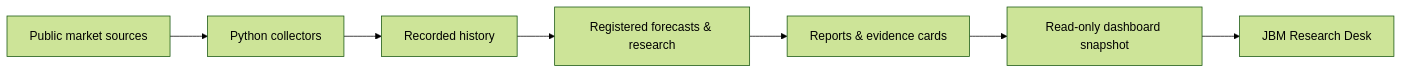
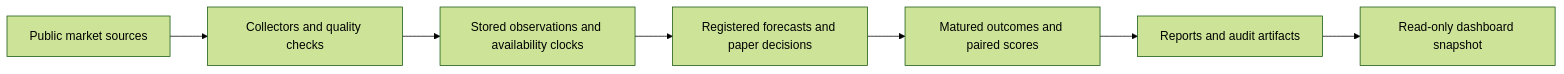
Before and after one commit to mannoj93-spec/jbm-desk-data: the diagram in README.md, drawn with Mermaid (forest theme). The commit also changed other lines of this file and 1 other file, not shown here.

Commit message:
docs: make README a durable guide to research and market studies

````diff
--- a/README.md
+++ b/README.md
@@ -52,9 +122,9 @@
 ```mermaid
 flowchart LR
-    A[Public market sources] --> B[Python collectors]
-    B --> C[Recorded history]
-    C --> D[Registered forecasts & research]
-    D --> E[Reports & evidence cards]
-    E --> F[Read-only dashboard snapshot]
-    F --> G[JBM Research Desk]
+    A[Public market sources] --> B[Collectors and quality checks]
+    B --> C[Stored observations and availability clocks]
+    C --> D[Registered forecasts and paper decisions]
+    D --> E[Matured outcomes and paired scores]
+    E --> F[Reports and audit artifacts]
+    F --> G[Read-only dashboard snapshot]
 ```
````
